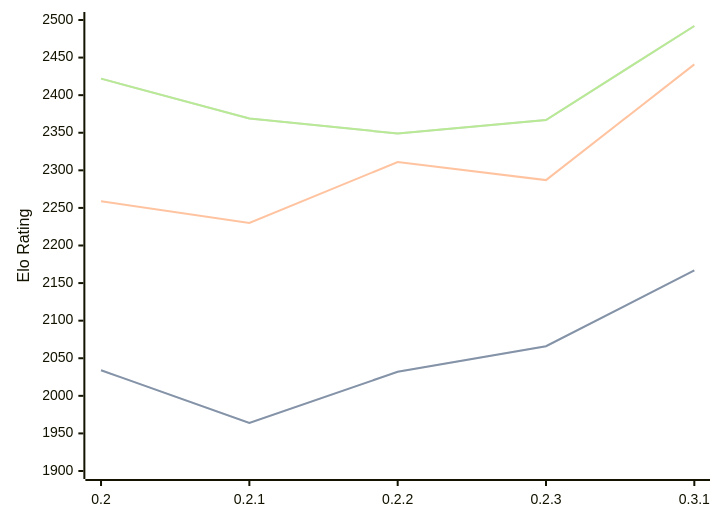
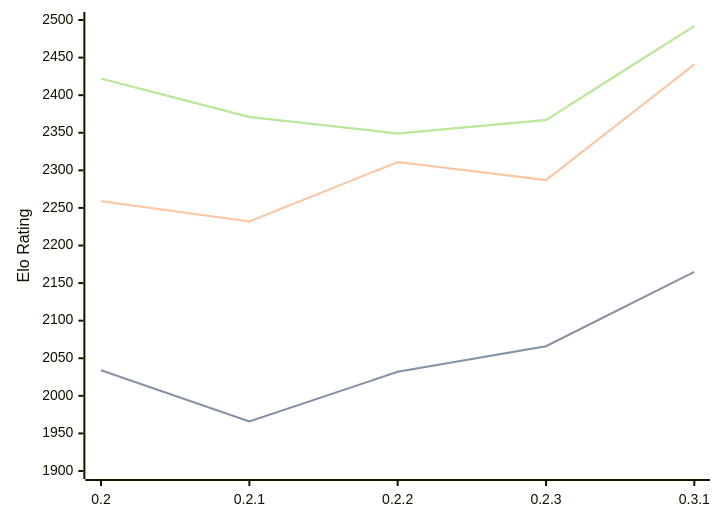
Before and after one commit to computer-chess-index/cci: the diagram in engines/Lolbot.md, drawn with Mermaid. The commit also changed other lines of this file, not shown here.

Commit message:
Update CCI Ratings (ELO VLTC) - 2026-05-15

````diff
--- a/engines/Lolbot.md
+++ b/engines/Lolbot.md
@@ -36,11 +36,11 @@
 ```mermaid
 %%{init: {"theme":"base","themeVariables":{"seriesColors:['#a3a3a3','#222221','#faa371']}}}%%
 xychart-beta
   x-axis ["0.2", "0.2.1", "0.2.2", "0.2.3", "0.3.1"]
   y-axis "Elo Rating" 1900 --> 2500
-  line "STC (8.0+0.08s)" [2034, 1964, 2032, 2066, 2167]
-  line "STC (8.0+0.08s)" [2034, 1964, 2032, 2066, 2167]
-  line "LTC (60.0+0.60s)" [2259, 2230, 2311, 2287, 2441]
-  line "VLTC (2m24s+1.12s)" [2422, 2369, 2349, 2367, 2492]
-  line "VLTC (2m24s+1.12s)" [2422, 2369, 2349, 2367, 2492]
+  line "STC (8.0+0.08s)" [2034, 1966, 2032, 2066, 2165]
+  line "STC (8.0+0.08s)" [2034, 1966, 2032, 2066, 2165]
+  line "LTC (60.0+0.60s)" [2259, 2232, 2311, 2287, 2441]
+  line "VLTC (2m24s+1.12s)" [2422, 2371, 2349, 2367, 2492]
+  line "VLTC (2m24s+1.12s)" [2422, 2371, 2349, 2367, 2492]
 ```
````
